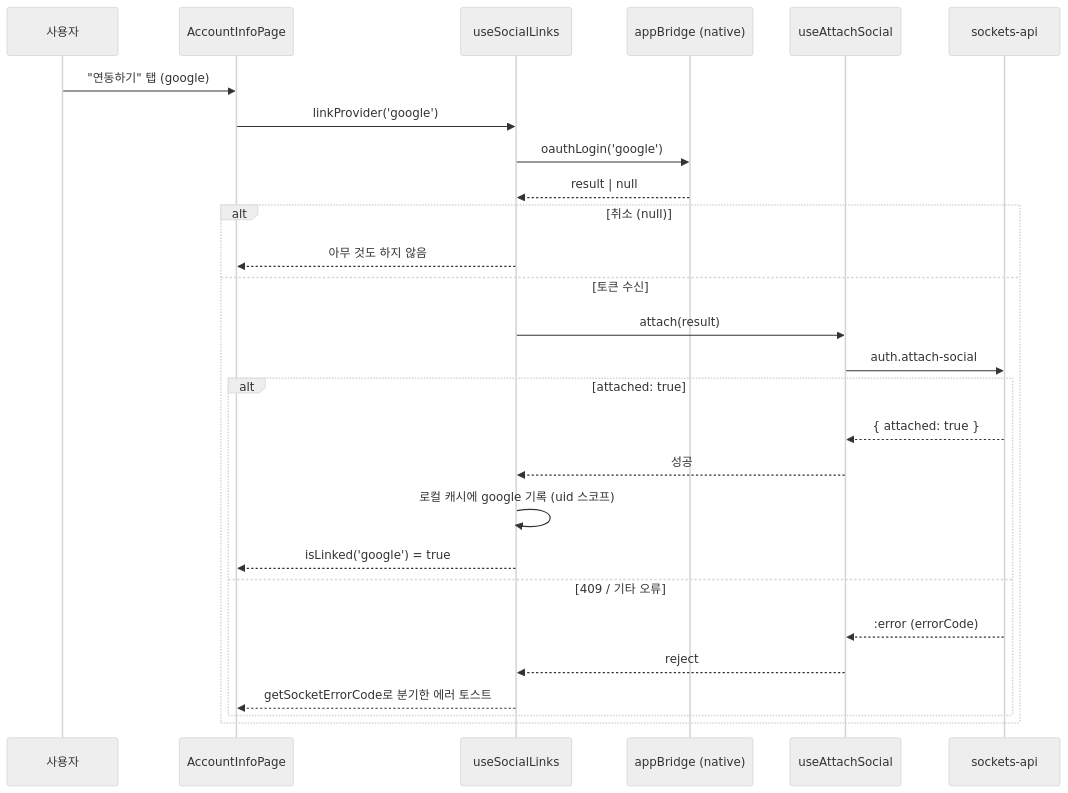
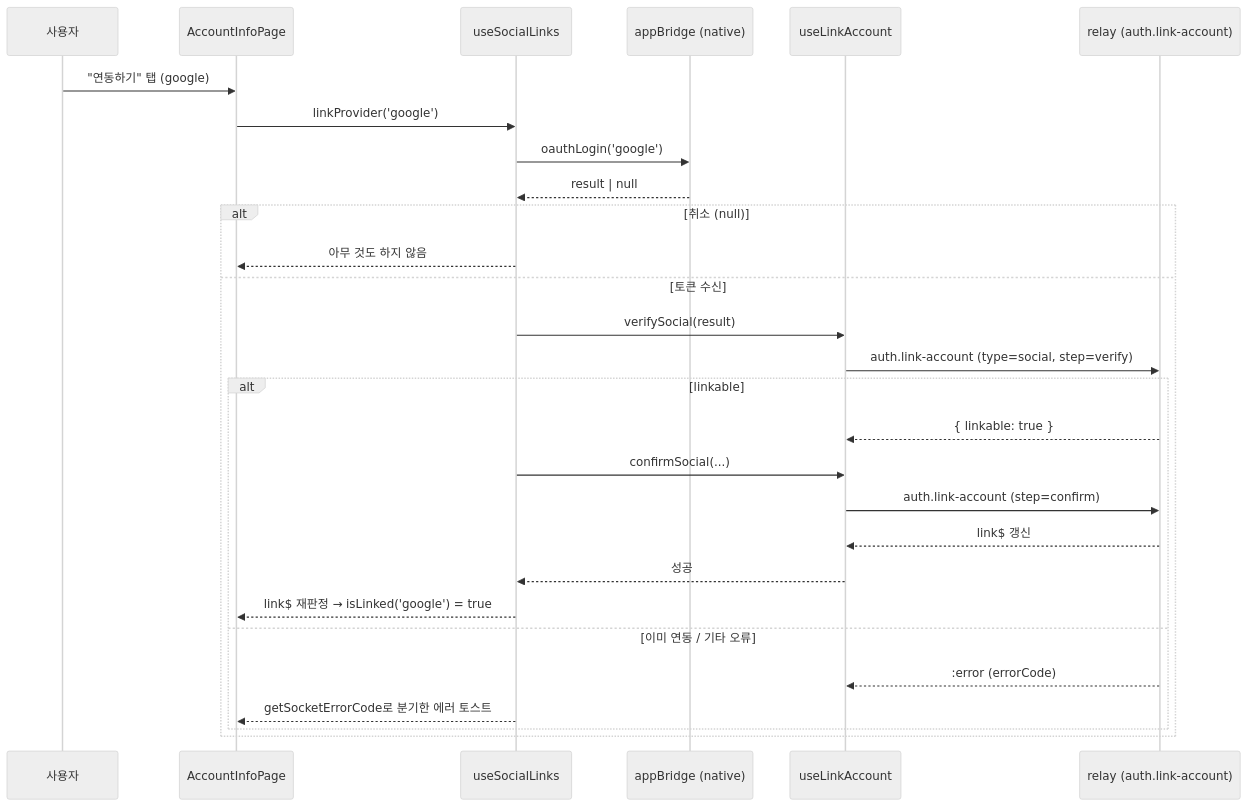
The first of 2 diagrams in apps/web/docs/feature/account/social-links.md (lemoncloud-io/dou-app), drawn with Mermaid (neutral theme) before and after one commit. The commit also changed other lines of this file and 5 other files, not shown here.

First line of the commit message:
docs(web/auth,account): auth.update is excluded from the gateway, not kept in it

````diff
--- a/apps/web/docs/feature/account/social-links.md
+++ b/apps/web/docs/feature/account/social-links.md
@@ -104,30 +104,31 @@
 ```mermaid
 sequenceDiagram
     participant U as 사용자
     participant P as AccountInfoPage
     participant Hk as useSocialLinks
     participant B as appBridge (native)
-    participant At as useAttachSocial
-    participant S as sockets-api
+    participant LA as useLinkAccount
+    participant S as relay (auth.link-account)
 
     U->>P: "연동하기" 탭 (google)
     P->>Hk: linkProvider('google')
     Hk->>B: oauthLogin('google')
     B-->>Hk: result | null
     alt 취소 (null)
         Hk-->>P: 아무 것도 하지 않음
     else 토큰 수신
-        Hk->>At: attach(result)
-        At->>S: auth.attach-social
-        alt attached: true
-            S-->>At: { attached: true }
-            At-->>Hk: 성공
-            Hk->>Hk: 로컬 캐시에 google 기록 (uid 스코프)
-            Hk-->>P: isLinked('google') = true
-        else 409 / 기타 오류
-            S-->>At: :error (errorCode)
-            At-->>Hk: reject
+        Hk->>LA: verifySocial(result)
+        LA->>S: auth.link-account (type=social, step=verify)
+        alt linkable
+            S-->>LA: { linkable: true }
+            Hk->>LA: confirmSocial(...)
+            LA->>S: auth.link-account (step=confirm)
+            S-->>LA: link$ 갱신
+            LA-->>Hk: 성공
+            Hk-->>P: link$ 재판정 → isLinked('google') = true
+        else 이미 연동 / 기타 오류
+            S-->>LA: :error (errorCode)
             Hk-->>P: getSocketErrorCode로 분기한 에러 토스트
         end
     end
 ```
````
